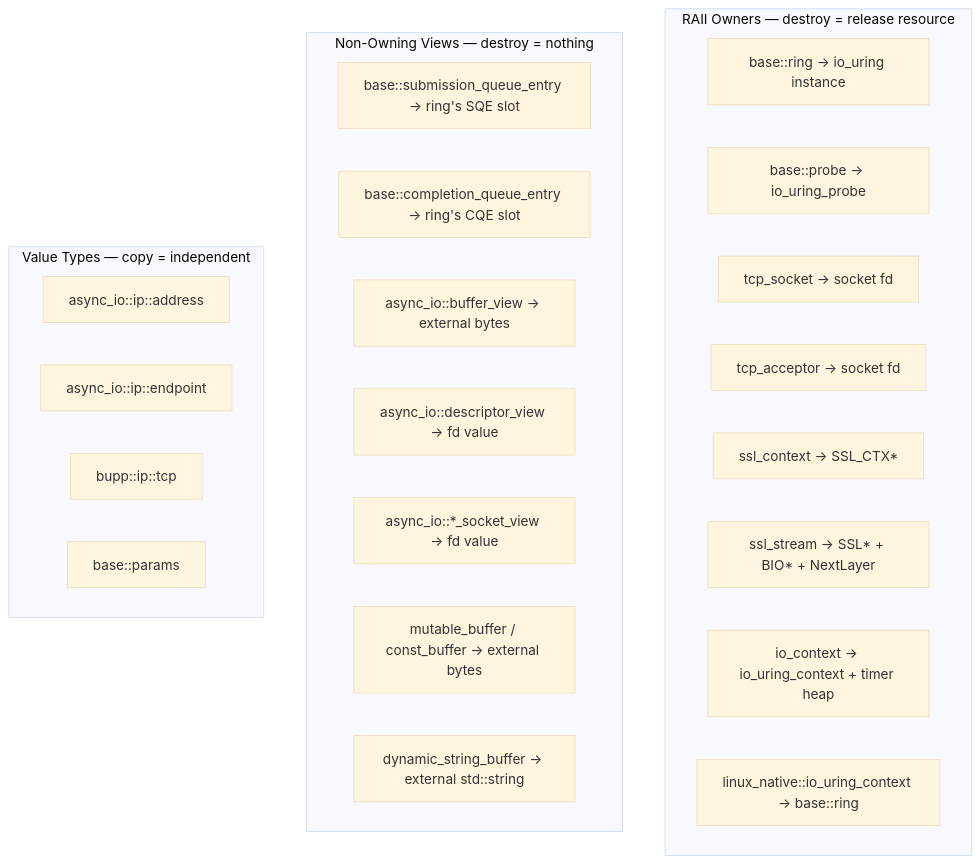
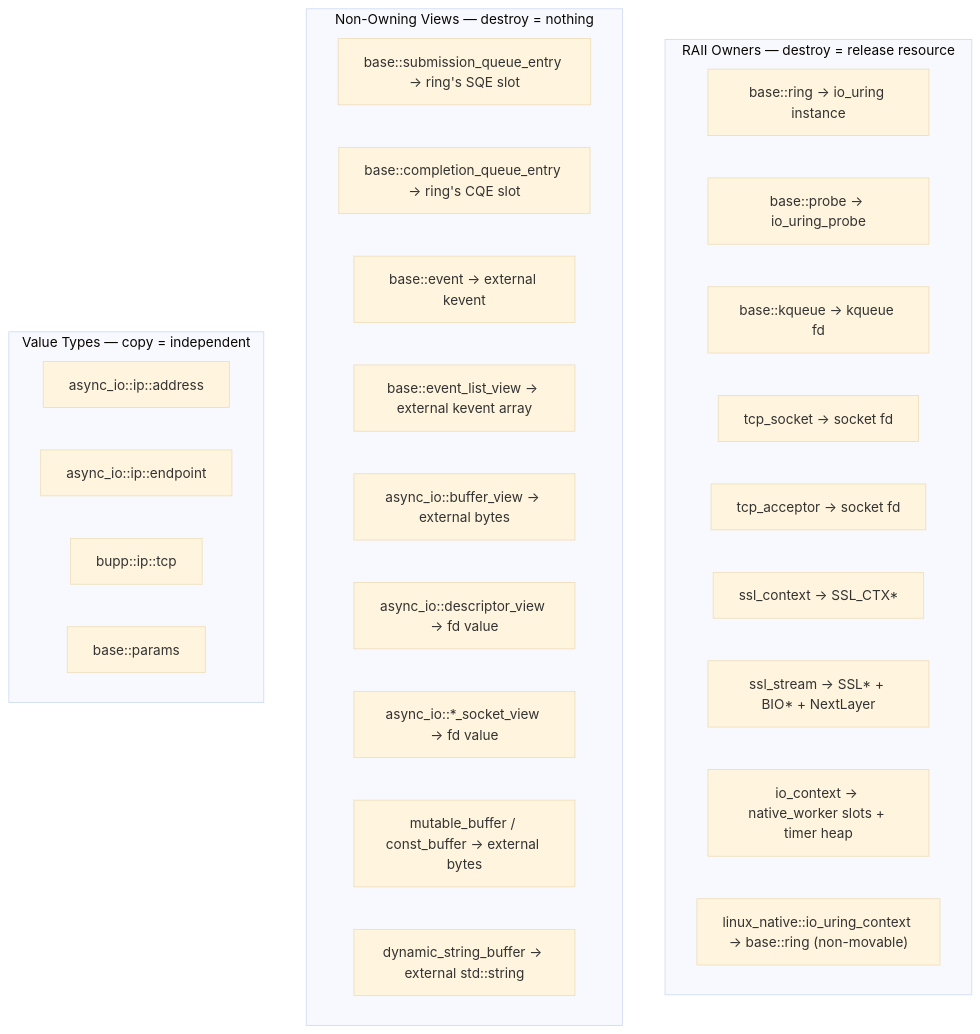
Before and after one commit to haomingbai/bnio: the first of 3 diagrams in docs/design/lifecycle.md, drawn with Mermaid (base theme). The commit also changed other lines of this file and 12 other files, not shown here.

````diff
--- a/docs/design/lifecycle.md
+++ b/docs/design/lifecycle.md
@@ -12,30 +12,33 @@
 ```mermaid
 graph TB
     subgraph OWN["RAII Owners — destroy = release resource"]
         O1["base::ring → io_uring instance"]
         O2["base::probe → io_uring_probe"]
-        O3["tcp_socket → socket fd"]
-        O4["tcp_acceptor → socket fd"]
-        O5["ssl_context → SSL_CTX*"]
-        O6["ssl_stream → SSL* + BIO* + NextLayer"]
-        O7["io_context → io_uring_context + timer heap"]
-        O8["linux_native::io_uring_context → base::ring"]
+        O3["base::kqueue → kqueue fd"]
+        O4["tcp_socket → socket fd"]
+        O5["tcp_acceptor → socket fd"]
+        O6["ssl_context → SSL_CTX*"]
+        O7["ssl_stream → SSL* + BIO* + NextLayer"]
+        O8["io_context → native_worker slots + timer heap"]
+        O9["linux_native::io_uring_context → base::ring (non-movable)"]
     end
 
     subgraph VIEW["Non-Owning Views — destroy = nothing"]
         V1["base::submission_queue_entry → ring's SQE slot"]
         V2["base::completion_queue_entry → ring's CQE slot"]
-        V3["async_io::buffer_view → external bytes"]
-        V4["async_io::descriptor_view → fd value"]
-        V5["async_io::*_socket_view → fd value"]
-        V6["mutable_buffer / const_buffer → external bytes"]
-        V7["dynamic_string_buffer → external std::string"]
+        V3["base::event → external kevent"]
+        V4["base::event_list_view → external kevent array"]
+        V5["async_io::buffer_view → external bytes"]
+        V6["async_io::descriptor_view → fd value"]
+        V7["async_io::*_socket_view → fd value"]
+        V8["mutable_buffer / const_buffer → external bytes"]
+        V9["dynamic_string_buffer → external std::string"]
     end
 
     subgraph VAL["Value Types — copy = independent"]
         VL1["async_io::ip::address"]
         VL2["async_io::ip::endpoint"]
         VL3["bupp::ip::tcp"]
         VL4["base::params"]
     end
 ```
````
